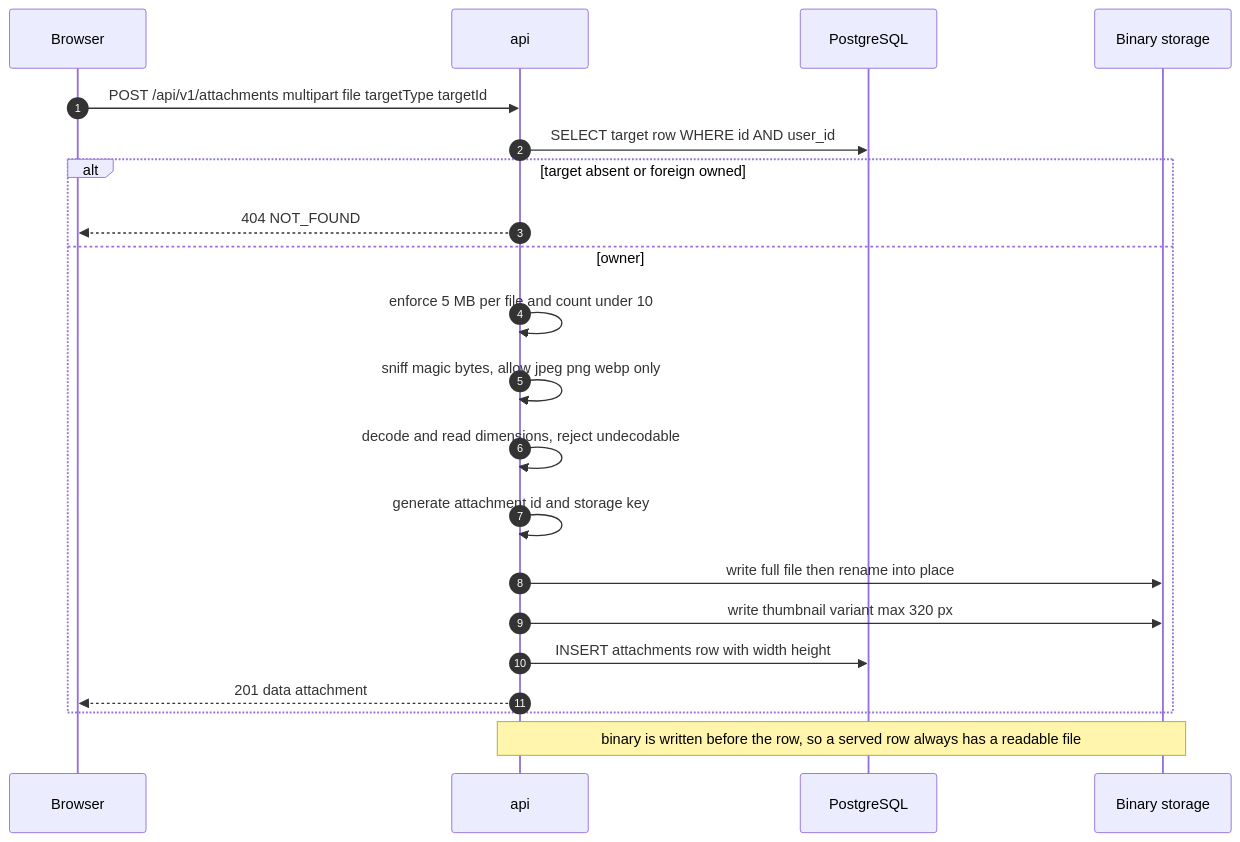
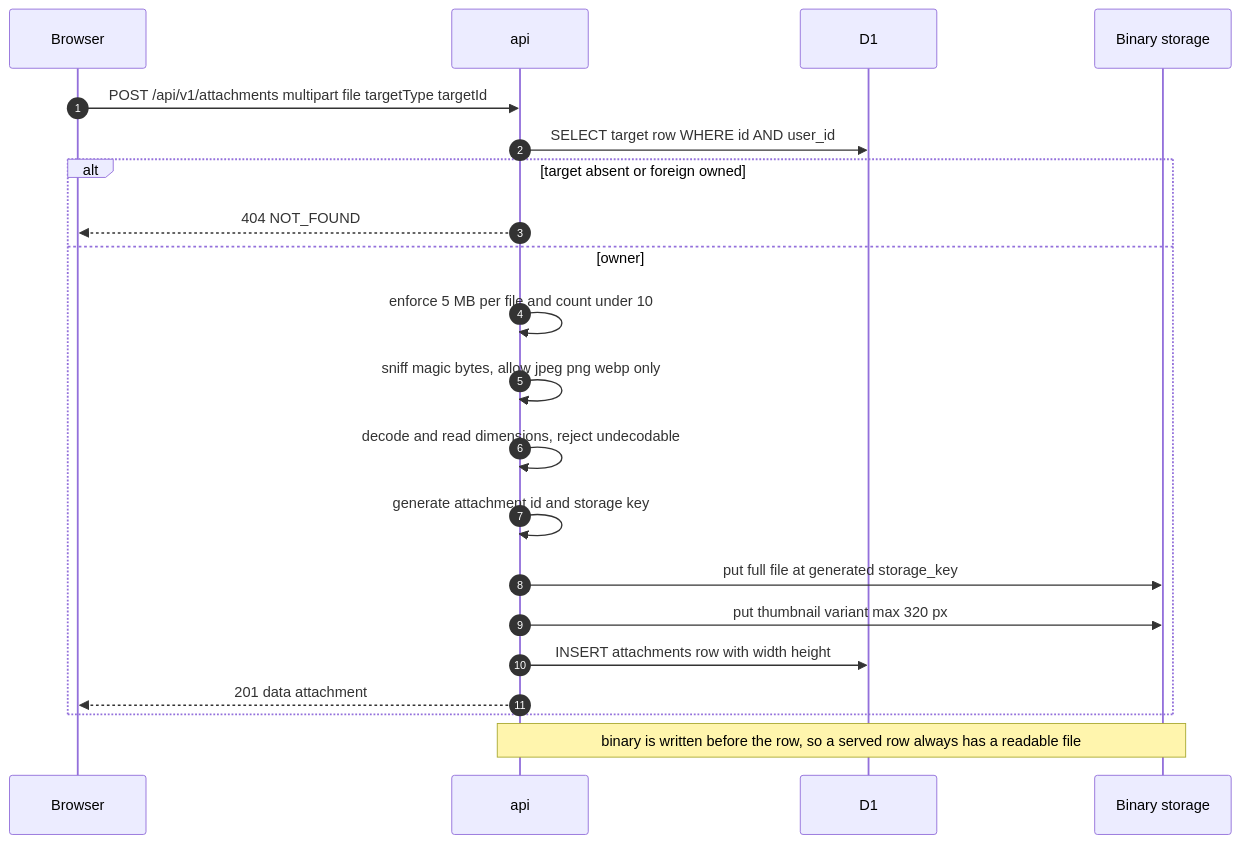
Before and after one commit to mhiqrambg/rweb-task-management: the fifth of 8 diagrams in .planning/03-system-architecture.md, drawn with Mermaid. The commit also changed other lines of this file and 18 other files, not shown here.

````diff
--- a/.planning/03-system-architecture.md
+++ b/.planning/03-system-architecture.md
@@ -344,24 +341,24 @@
 ```mermaid
 sequenceDiagram
   autonumber
   participant B as Browser
   participant S as api
-  participant D as PostgreSQL
+  participant D as D1
   participant F as Binary storage
 
   B->>S: POST /api/v1/attachments multipart file targetType targetId
   S->>D: SELECT target row WHERE id AND user_id
   alt target absent or foreign owned
     S-->>B: 404 NOT_FOUND
   else owner
     S->>S: enforce 5 MB per file and count under 10
     S->>S: sniff magic bytes, allow jpeg png webp only
     S->>S: decode and read dimensions, reject undecodable
     S->>S: generate attachment id and storage key
-    S->>F: write full file then rename into place
-    S->>F: write thumbnail variant max 320 px
+    S->>F: put full file at generated storage_key
+    S->>F: put thumbnail variant max 320 px
     S->>D: INSERT attachments row with width height
     S-->>B: 201 data attachment
   end
   Note over S,F: binary is written before the row, so a served row always has a readable file
 ```
````
